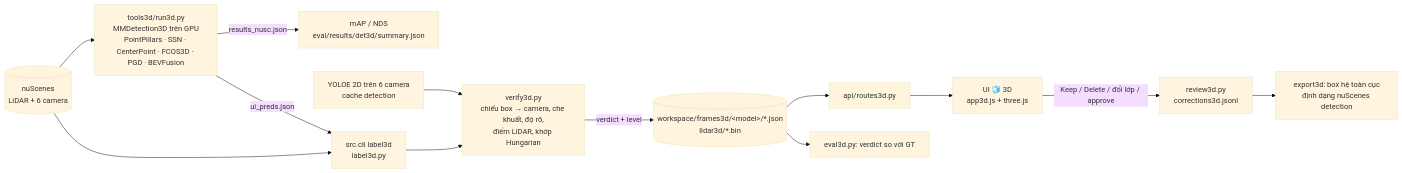
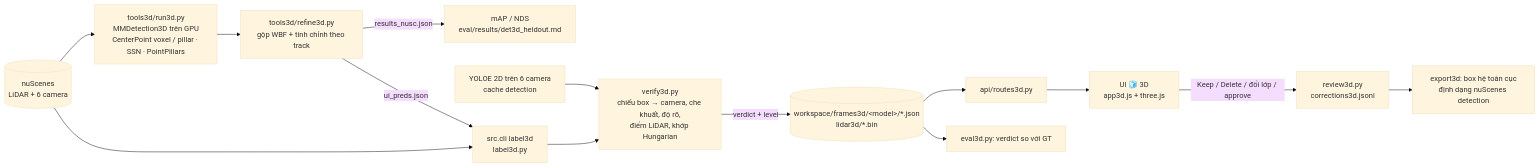
The third of 3 diagrams in docs/architecture_diagram.md (vietvuivui/P-130-demo), drawn with Mermaid (base theme) before and after one commit. The commit also changed other lines of this file and 2 other files, not shown here.

First line of the commit message:
docs(architecture): sơ đồ cập nhật theo sản phẩm hiện tại (fine-tune YOLOE, ensemble 3D, lan truyền flow + ByteTrack, BEV, trang Dự án) + ảnh PNG

````diff
--- a/docs/architecture_diagram.md
+++ b/docs/architecture_diagram.md
@@ -71,14 +90,15 @@
 ```mermaid
 flowchart LR
-    D[(nuScenes<br/>LiDAR + 6 camera)] --> M["tools3d/run3d.py<br/>MMDetection3D trên GPU<br/>PointPillars · SSN · CenterPoint · FCOS3D · PGD · BEVFusion"]
-    M -->|results_nusc.json| E1[mAP / NDS<br/>eval/results/det3d/summary.json]
-    M -->|ui_preds.json| L["src.cli label3d<br/>label3d.py"]
+    D[(nuScenes<br/>LiDAR + 6 camera)] --> M["tools3d/run3d.py<br/>MMDetection3D trên GPU<br/>CenterPoint voxel / pillar · SSN · PointPillars"]
+    M --> F["tools3d/refine3d.py<br/>gộp WBF + tinh chỉnh theo track"]
+    F -->|results_nusc.json| E1[mAP / NDS<br/>eval/results/det3d_heldout.md]
+    F -->|ui_preds.json| L["src.cli label3d<br/>label3d.py"]
     D --> L
     Y[YOLOE 2D trên 6 camera<br/>cache detection] --> V
     L --> V["verify3d.py<br/>chiếu box → camera, che khuất, độ rõ,<br/>điểm LiDAR, khớp Hungarian"]
     V -->|verdict + level| W[(workspace/frames3d/&lt;model&gt;/*.json<br/>lidar3d/*.bin)]
     W --> A[api/routes3d.py] --> U[UI 🧊 3D<br/>app3d.js + three.js]
     U -->|Keep / Delete / đổi lớp / approve| R[review3d.py<br/>corrections3d.jsonl]
     R --> X[export3d: box hệ toàn cục<br/>định dạng nuScenes detection]
     W --> E2[eval3d.py: verdict so với GT]
 ```
````
